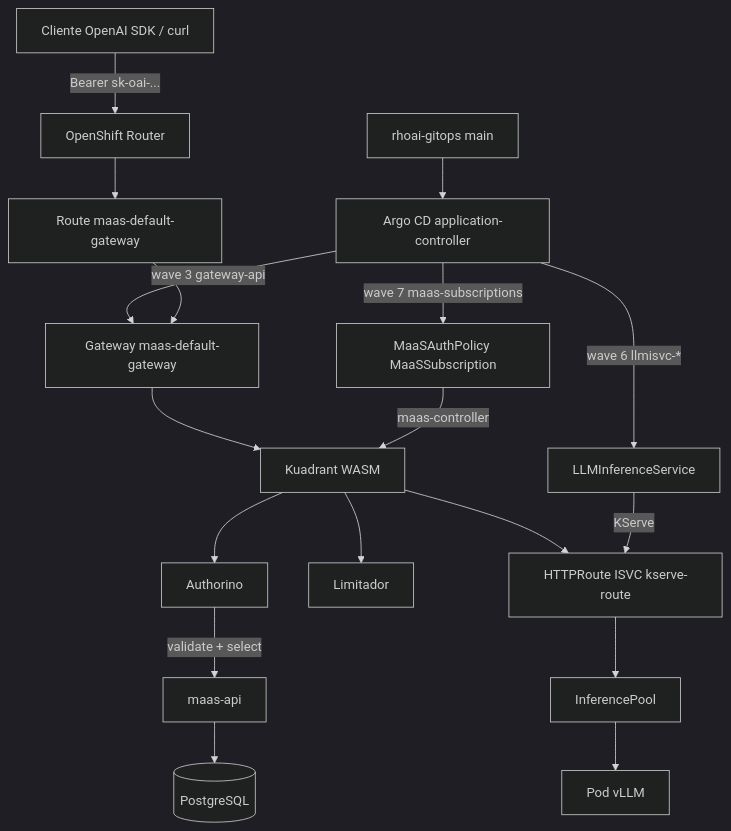
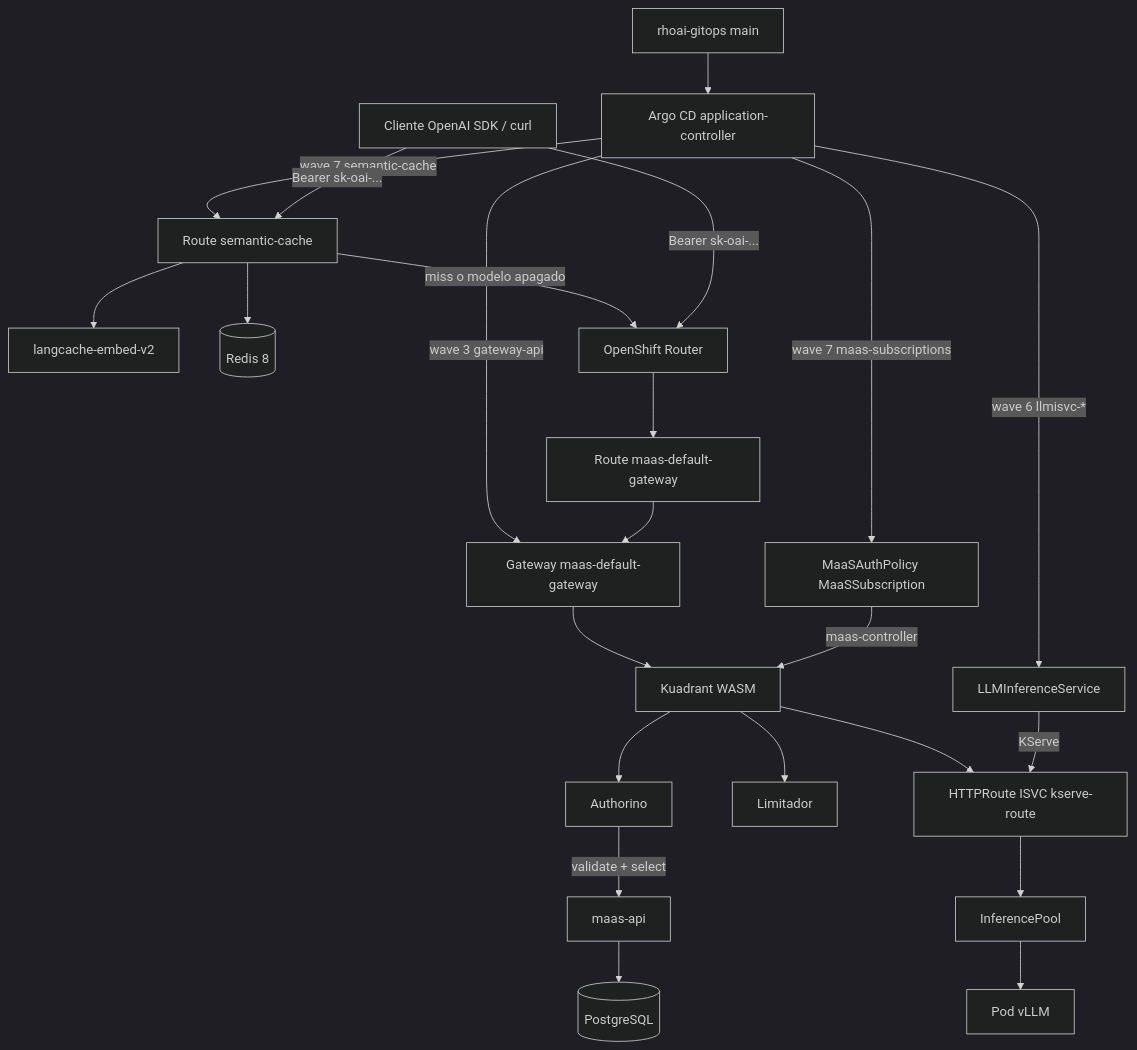
Before and after one commit to abelluque/rhoai-gitops: the first of 4 diagrams in ARCHITECTURE.md, drawn with Mermaid (dark theme). The commit also changed other lines of this file and 6 other files, not shown here.

````diff
--- a/ARCHITECTURE.md
+++ b/ARCHITECTURE.md
@@ -175,28 +198,33 @@
 ```mermaid
 flowchart TB
   client[Cliente OpenAI SDK / curl]
   git[rhoai-gitops main]
   argocd[Argo CD application-controller]
 
   git --> argocd
   argocd -->|"wave 3 gateway-api"| gw
   argocd -->|"wave 6 llmisvc-*"| isvc
   argocd -->|"wave 7 maas-subscriptions"| maasCRs
+  argocd -->|"wave 7 semantic-cache"| sc
 
-  client -->|"Bearer sk-oai-..."| router[OpenShift Router]
+  client -->|"Bearer sk-oai-..."| sc["Route semantic-cache"]
+  sc --> embed[langcache-embed-v2]
+  sc --> redis[(Redis 8)]
+  sc -->|miss o modelo apagado| router[OpenShift Router]
+  client -->|"Bearer sk-oai-..."| router
   router --> routeGw["Route maas-default-gateway"]
   routeGw --> gw["Gateway maas-default-gateway"]
   gw --> wasm[Kuadrant WASM]
 
   wasm --> authorino[Authorino]
   authorino -->|"validate + select"| maasApi[maas-api]
   maasApi --> pg[(PostgreSQL)]
   wasm --> limitador[Limitador]
 
   wasm --> httproute["HTTPRoute ISVC kserve-route"]
   httproute --> pool[InferencePool]
   pool --> vllm[Pod vLLM]
 
   maasCRs["MaaSAuthPolicy MaaSSubscription"] -->|"maas-controller"| wasm
   isvc["LLMInferenceService"] -->|"KServe"| httproute
 ```
````
